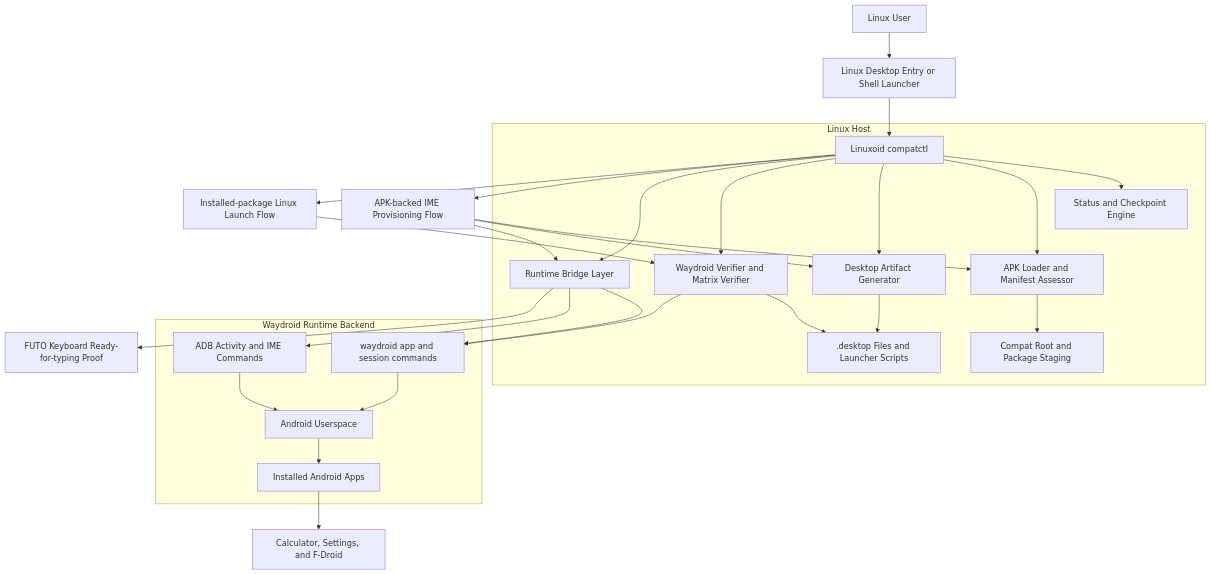
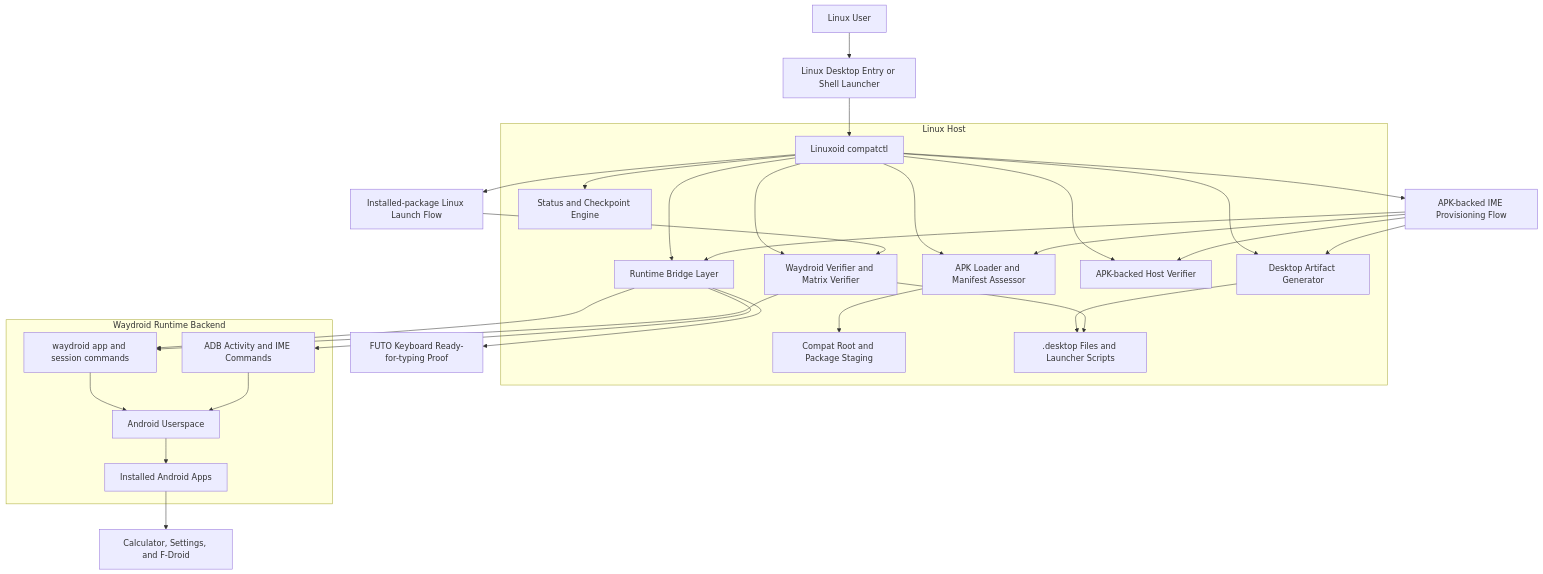
One commit to iamawanishmaurya/Linuxoid changed the diagram in README.md. Above: the diagram before and after it, drawn with Mermaid. The commit also changed other lines of this file and 8 other files, not shown here.

Commit message:
feat: add apk-backed host launch verifier

````diff
--- a/README.md
+++ b/README.md
@@ -13,35 +13,37 @@
 ```mermaid
 flowchart TB
   User["Linux User"] --> Desktop["Linux Desktop Entry or Shell Launcher"]
   Desktop --> Compatctl["Linuxoid compatctl"]
 
   subgraph Host["Linux Host"]
     Compatctl --> Status["Status and Checkpoint Engine"]
     Compatctl --> Loader["APK Loader and Manifest Assessor"]
     Compatctl --> Desktopify["Desktop Artifact Generator"]
     Compatctl --> Verifier["Waydroid Verifier and Matrix Verifier"]
+    Compatctl --> ApkVerifier["APK-backed Host Verifier"]
     Compatctl --> Runtime["Runtime Bridge Layer"]
     Loader --> CompatRoot["Compat Root and Package Staging"]
     Desktopify --> DesktopFiles[".desktop Files and Launcher Scripts"]
   end
 
   subgraph Backend["Waydroid Runtime Backend"]
     Runtime --> WaydroidCLI["waydroid app and session commands"]
     Runtime --> AdbBridge["ADB Activity and IME Commands"]
     WaydroidCLI --> Android["Android Userspace"]
     AdbBridge --> Android
     Android --> InstalledApps["Installed Android Apps"]
   end
 
   Compatctl --> KeyboardFlow["APK-backed IME Provisioning Flow"]
   KeyboardFlow --> Loader
   KeyboardFlow --> Desktopify
+  KeyboardFlow --> ApkVerifier
   KeyboardFlow --> Runtime
   Runtime --> KeyboardApp["FUTO Keyboard Ready-for-typing Proof"]
 
   Compatctl --> InstalledFlow["Installed-package Linux Launch Flow"]
   InstalledFlow --> Verifier
   Verifier --> DesktopFiles
   Verifier --> WaydroidCLI
   InstalledApps --> ProvenApps["Calculator, Settings, and F-Droid"]
 ```
````
